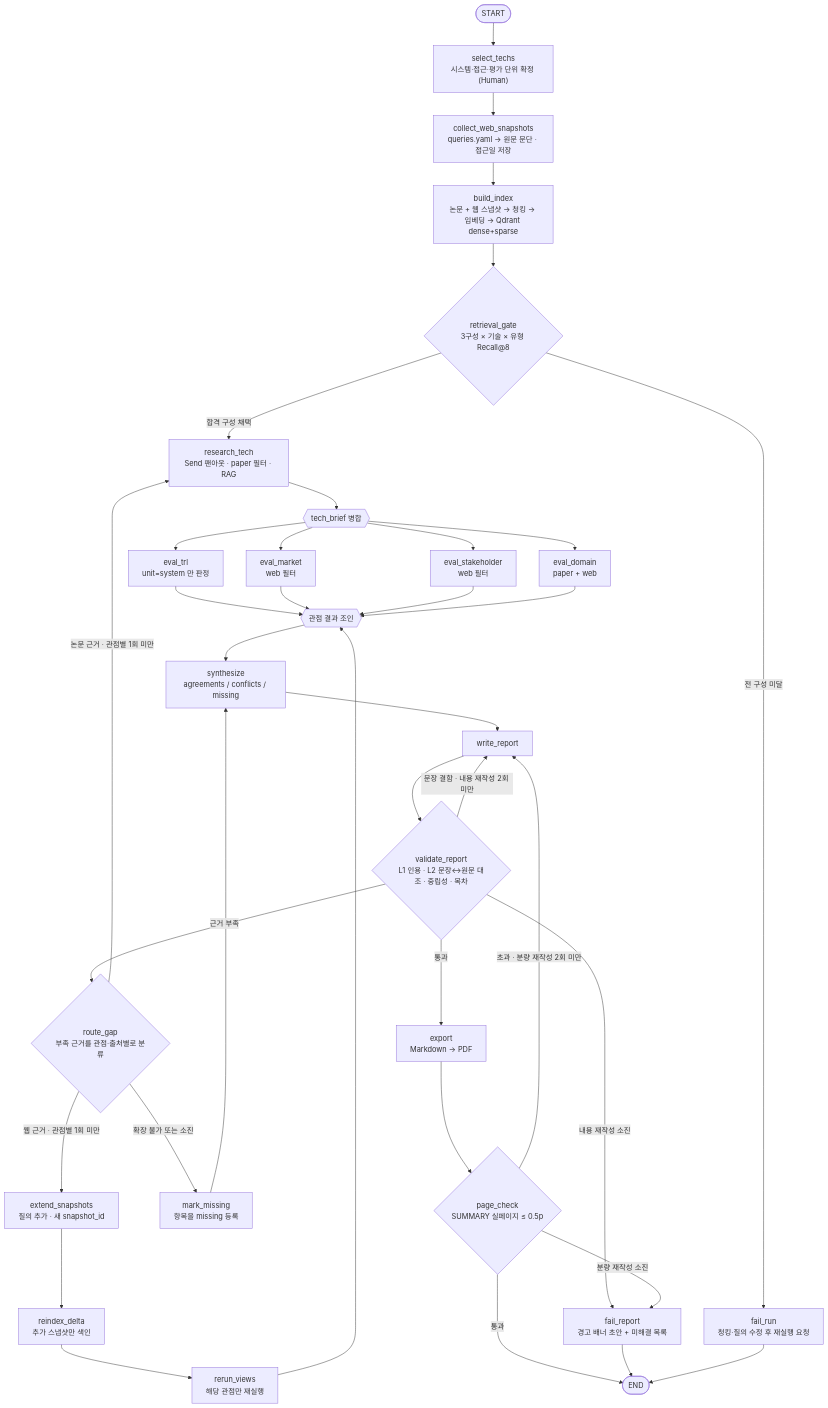
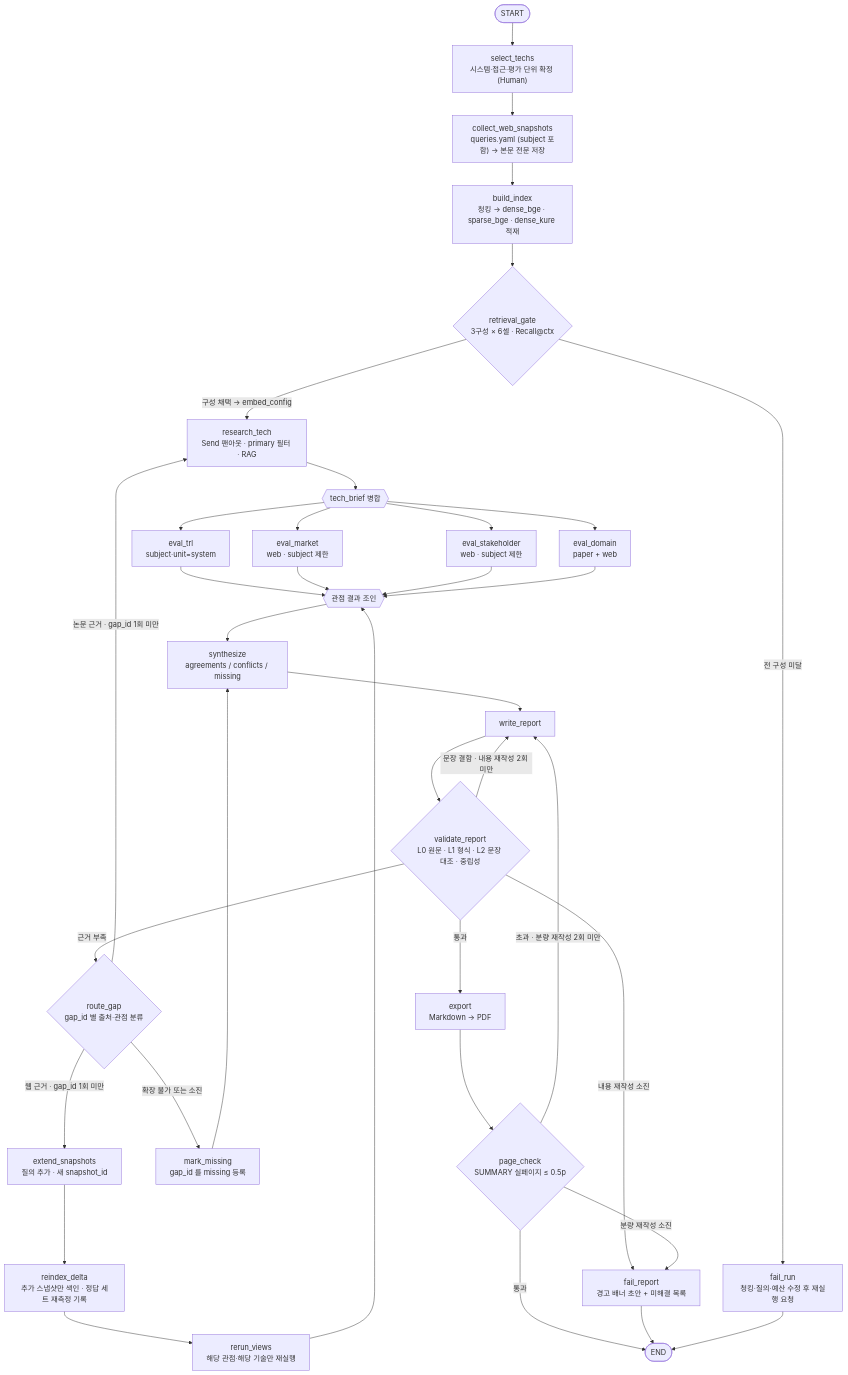
One commit to zzl-hyun/I-Dont-Know-Seoul changed the diagram in docs/kv-cache-rag/설계산출물.md. Above: the diagram before and after it, drawn with Mermaid. The commit also changed other lines of this file, not shown here.

First line of the commit message:
docs(kv-cache-rag): 근거 검증과 검색 실험 설계를 v4 에서 닫는다

````diff
--- a/docs/kv-cache-rag/설계산출물.md
+++ b/docs/kv-cache-rag/설계산출물.md
@@ -476,47 +515,47 @@
 ```mermaid
 flowchart TD
     S([START]) --> SEL["select_techs<br/>시스템·접근·평가 단위 확정 (Human)"]
-    SEL --> SNAP["collect_web_snapshots<br/>queries.yaml → 원문 문단 · 접근일 저장"]
-    SNAP --> IDX["build_index<br/>논문 + 웹 스냅샷 → 청킹 → 임베딩 → Qdrant dense+sparse"]
-    IDX --> GATE{"retrieval_gate<br/>3구성 × 기술 × 유형 Recall@8"}
+    SEL --> SNAP["collect_web_snapshots<br/>queries.yaml (subject 포함) → 본문 전문 저장"]
+    SNAP --> IDX["build_index<br/>청킹 → dense_bge · sparse_bge · dense_kure 적재"]
+    IDX --> GATE{"retrieval_gate<br/>3구성 × 6셀 · Recall@ctx"}
 
-    GATE -- "전 구성 미달" --> FL["fail_run<br/>청킹·질의 수정 후 재실행 요청"]
-    GATE -- "합격 구성 채택" --> RT["research_tech<br/>Send 팬아웃 · paper 필터 · RAG"]
+    GATE -- "전 구성 미달" --> FL["fail_run<br/>청킹·질의·예산 수정 후 재실행 요청"]
+    GATE -- "구성 채택 → embed_config" --> RT["research_tech<br/>Send 팬아웃 · primary 필터 · RAG"]
 
     RT --> JB{{"tech_brief 병합"}}
-    JB --> V1["eval_trl<br/>unit=system 만 판정"]
-    JB --> V2["eval_market<br/>web 필터"]
-    JB --> V3["eval_stakeholder<br/>web 필터"]
+    JB --> V1["eval_trl<br/>subject·unit=system"]
+    JB --> V2["eval_market<br/>web · subject 제한"]
+    JB --> V3["eval_stakeholder<br/>web · subject 제한"]
     JB --> V4["eval_domain<br/>paper + web"]
 
     V1 --> JV{{"관점 결과 조인"}}
     V2 --> JV
     V3 --> JV
     V4 --> JV
 
     JV --> SY["synthesize<br/>agreements / conflicts / missing"]
     SY --> WR["write_report"]
-    WR --> VA{"validate_report<br/>L1 인용 · L2 문장↔원문 대조 · 중립성 · 목차"}
+    WR --> VA{"validate_report<br/>L0 원문 · L1 형식 · L2 문장 대조 · 중립성"}
 
     VA -- "문장 결함 · 내용 재작성 2회 미만" --> WR
-    VA -- "근거 부족" --> GAP{"route_gap<br/>부족 근거를 관점·출처별로 분류"}
+    VA -- "근거 부족" --> GAP{"route_gap<br/>gap_id 별 출처·관점 분류"}
     VA -- "내용 재작성 소진" --> FR["fail_report<br/>경고 배너 초안 + 미해결 목록"]
     VA -- "통과" --> EX["export<br/>Markdown → PDF"]
 
-    GAP -- "논문 근거 · 관점별 1회 미만" --> RT
-    GAP -- "웹 근거 · 관점별 1회 미만" --> SX["extend_snapshots<br/>질의 추가 · 새 snapshot_id"]
-    GAP -- "확장 불가 또는 소진" --> MS["mark_missing<br/>항목을 missing 등록"]
+    GAP -- "논문 근거 · gap_id 1회 미만" --> RT
+    GAP -- "웹 근거 · gap_id 1회 미만" --> SX["extend_snapshots<br/>질의 추가 · 새 snapshot_id"]
+    GAP -- "확장 불가 또는 소진" --> MS["mark_missing<br/>gap_id 를 missing 등록"]
 
-    SX --> RIX["reindex_delta<br/>추가 스냅샷만 색인"]
-    RIX --> RV["rerun_views<br/>해당 관점만 재실행"]
+    SX --> RIX["reindex_delta<br/>추가 스냅샷만 색인 · 정답 세트 재측정 기록"]
+    RIX --> RV["rerun_views<br/>해당 관점·해당 기술만 재실행"]
     RV --> JV
     MS --> SY
 
     EX --> PG{"page_check<br/>SUMMARY 실페이지 ≤ 0.5p"}
     PG -- "초과 · 분량 재작성 2회 미만" --> WR
     PG -- "분량 재작성 소진" --> FR
     PG -- "통과" --> E([END])
 
     FR --> E
     FL --> E
 ```
````
